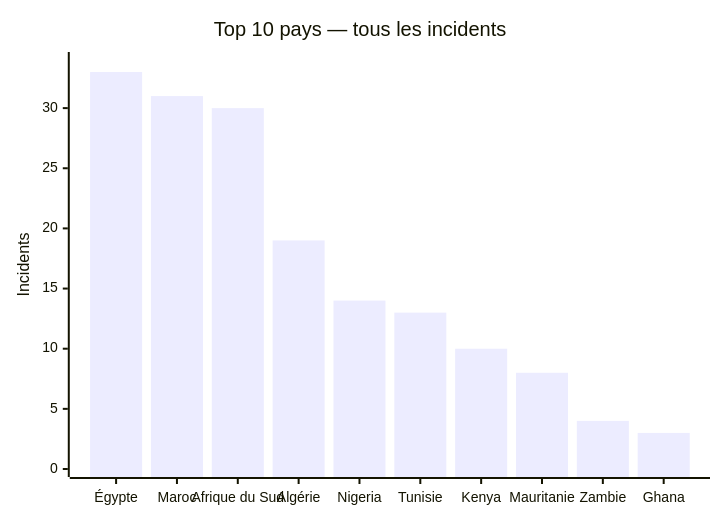
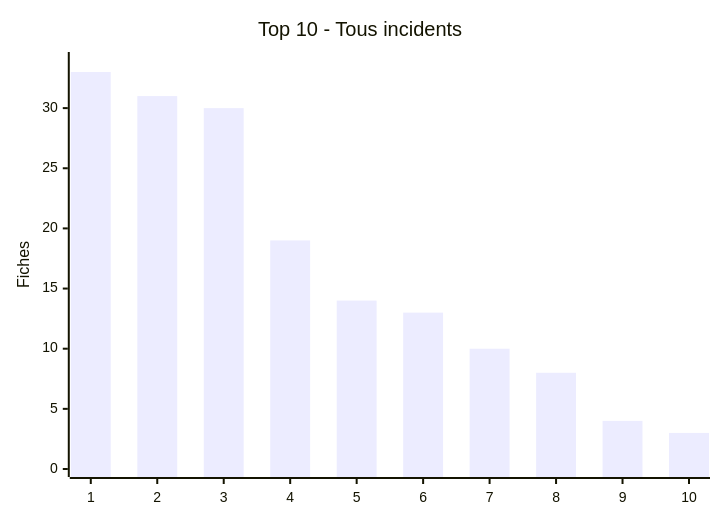
The first of 2 diagrams in CyberAttackAfrica/2025/README_FR.md (Hatchepsoute/AFRINTEL), drawn with Mermaid before and after one commit. The commit also changed other lines of this file and 17 other files, not shown here.

````diff
--- a/CyberAttackAfrica/2025/README_FR.md
+++ b/CyberAttackAfrica/2025/README_FR.md
@@ -246,7 +58,7 @@
 ```mermaid
 xychart-beta
-    title "Top 10 pays — tous les incidents"
-    x-axis ["Égypte", "Maroc", "Afrique du Sud", "Algérie", "Nigeria", "Tunisie", "Kenya", "Mauritanie", "Zambie", "Ghana"]
-    y-axis "Incidents" 0 --> 34
-    bar [33, 31, 30, 19, 14, 13, 10, 8, 4, 3]
+    title "Top 10 - Tous incidents"
+    x-axis ["1","2","3","4","5","6","7","8","9","10"]
+    y-axis "Fiches" 0 --> 34
+    bar [33,31,30,19,14,13,10,8,4,3]
 ```
````
